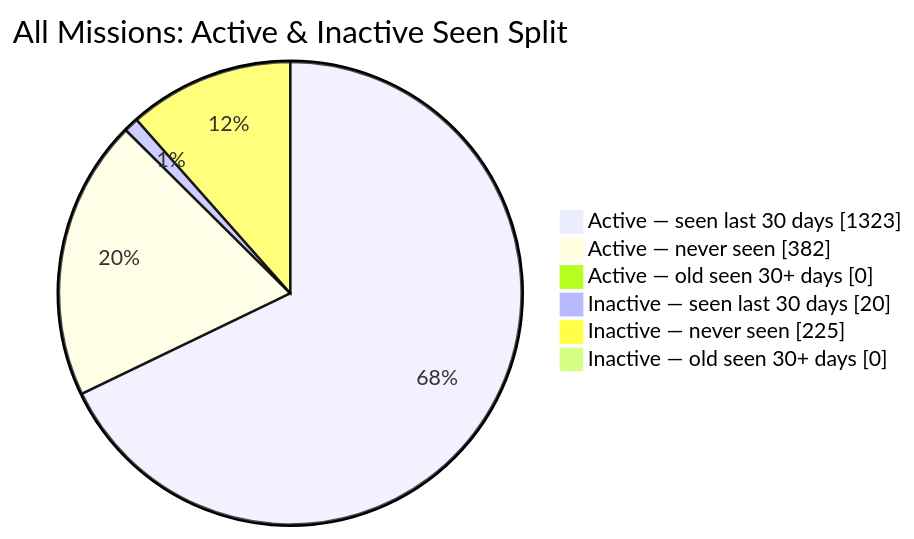
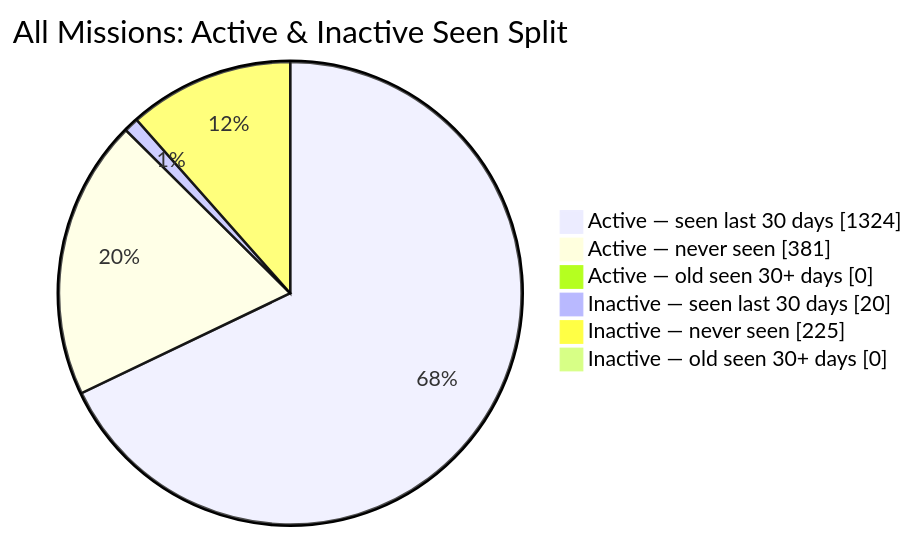
The second of 2 diagrams in README.md (MeldkamerspelGameTeam/active-missions), drawn with Mermaid before and after one commit. The commit also changed other lines of this file and 2 other files, not shown here.

````diff
--- a/README.md
+++ b/README.md
@@ -44,10 +44,10 @@
 ```mermaid
 pie showData
     title All Missions: Active & Inactive Seen Split
-    "Active — seen last 30 days" : 1323
-    "Active — never seen" : 382
+    "Active — seen last 30 days" : 1324
+    "Active — never seen" : 381
     "Active — old seen 30+ days" : 0
     "Inactive — seen last 30 days" : 20
     "Inactive — never seen" : 225
     "Inactive — old seen 30+ days" : 0
 ```
````
